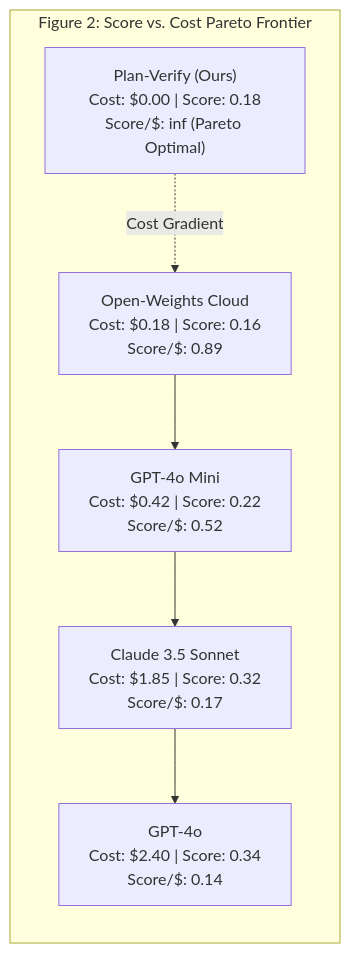
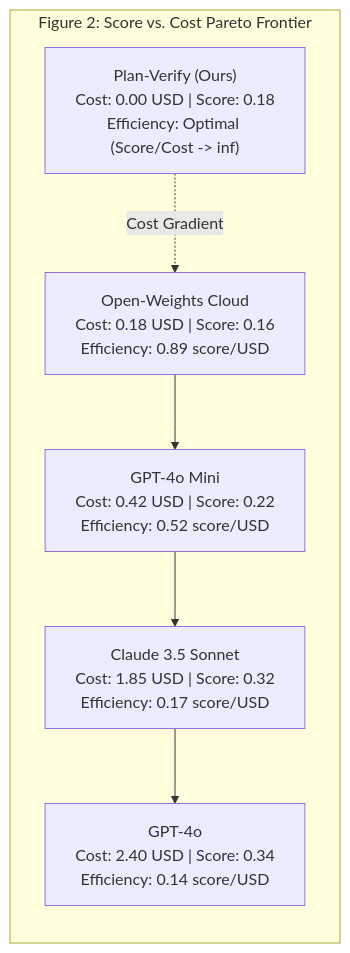
One commit to arnabnandy7/physical-engineerings-last-exam changed the third of 4 diagrams in docs/stage1TechnicalWriteup.md. Above: the diagram before and after it, drawn with Mermaid. The commit also changed other lines of this file, not shown here.

````diff
--- a/docs/stage1TechnicalWriteup.md
+++ b/docs/stage1TechnicalWriteup.md
@@ -299,16 +299,16 @@
 ```mermaid
 flowchart LR
     subgraph ParetoCurve ["Figure 2: Score vs. Cost Pareto Frontier"]
         direction TB
-        PV["Plan-Verify (Ours)<br/>Cost: $0.00 | Score: 0.18<br/>Score/$: inf (Pareto Optimal)"]
-        OW["Open-Weights Cloud<br/>Cost: $0.18 | Score: 0.16<br/>Score/$: 0.89"]
-        MINI["GPT-4o Mini<br/>Cost: $0.42 | Score: 0.22<br/>Score/$: 0.52"]
-        CLAUDE["Claude 3.5 Sonnet<br/>Cost: $1.85 | Score: 0.32<br/>Score/$: 0.17"]
-        GPT4["GPT-4o<br/>Cost: $2.40 | Score: 0.34<br/>Score/$: 0.14"]
+        PV["Plan-Verify (Ours)<br/>Cost: 0.00 USD | Score: 0.18<br/>Efficiency: Optimal (Score/Cost -> inf)"]
+        OW["Open-Weights Cloud<br/>Cost: 0.18 USD | Score: 0.16<br/>Efficiency: 0.89 score/USD"]
+        MINI["GPT-4o Mini<br/>Cost: 0.42 USD | Score: 0.22<br/>Efficiency: 0.52 score/USD"]
+        CLAUDE["Claude 3.5 Sonnet<br/>Cost: 1.85 USD | Score: 0.32<br/>Efficiency: 0.17 score/USD"]
+        GPT4["GPT-4o<br/>Cost: 2.40 USD | Score: 0.34<br/>Efficiency: 0.14 score/USD"]
 
         PV -.->|"Cost Gradient"| OW
         OW --> MINI
         MINI --> CLAUDE
         CLAUDE --> GPT4
     end
 ```
````
